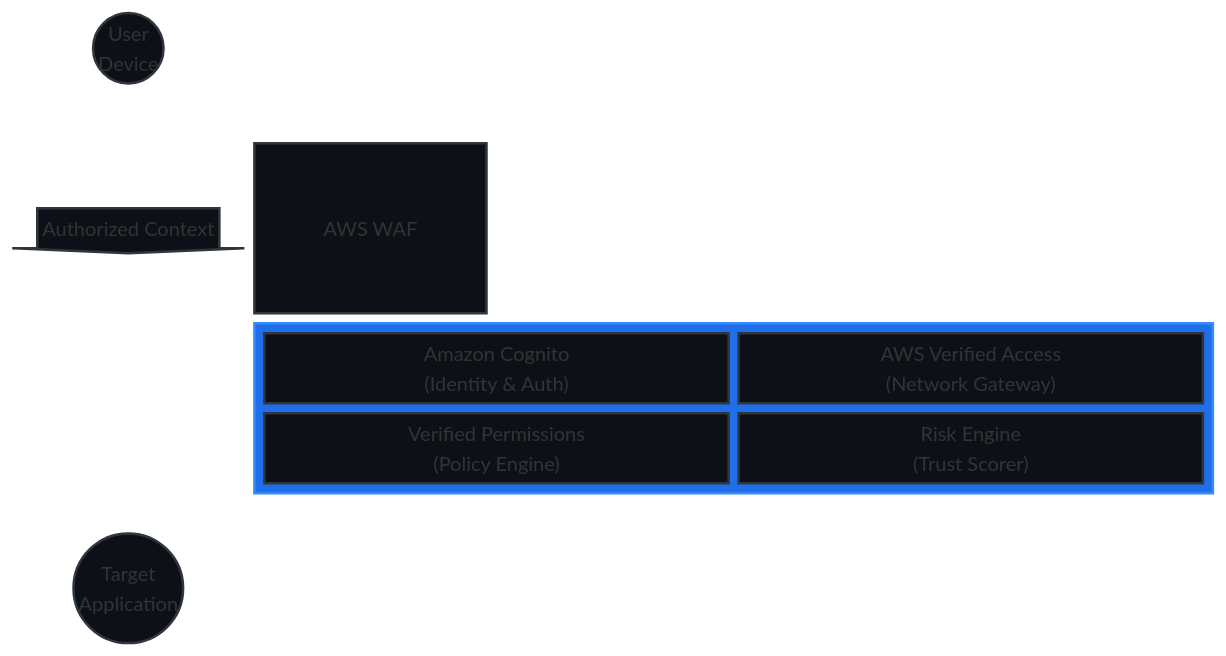
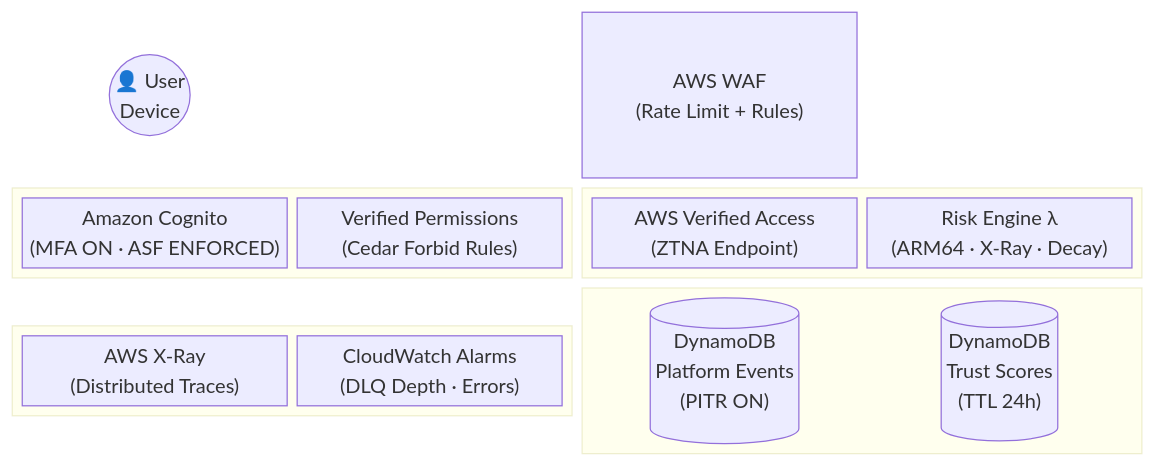
One commit to nextgensoumen/prahari-ztna-aws changed the first of 10 diagrams in docs/diagrams.md. Above: the diagram before and after it, drawn with Mermaid. The commit also changed other lines of this file and 1 other file, not shown here.

Commit message:
docs: Update diagrams v2 with all Phase 2 changes + memory log 06

````diff
--- a/docs/diagrams.md
+++ b/docs/diagrams.md
@@ -10,23 +10,26 @@
 ```mermaid
 block-beta
   columns 4
-  User(("User\nDevice")) space space space
-  down<["HTTPS Request"]>(down)
-  WAF["AWS WAF"] space space space
-  down<["Filtered Traffic"]>(down)
-  
-  block:ZeroTrustBroker:4
-    columns 2
-    Cognito["Amazon Cognito\n(Identity & Auth)"]
-    VerifiedAccess["AWS Verified Access\n(Network Gateway)"]
-    Cedar["Verified Permissions\n(Policy Engine)"]
-    RiskEngine["Risk Engine\n(Trust Scorer)"]
+
+  User(("👤 User\nDevice")) space WAF["AWS WAF\n(Rate Limit + Rules)"] space
+
+  block:Identity:2
+    Cognito["Amazon Cognito\n(MFA ON · ASF ENFORCED)"]
+    Cedar["Verified Permissions\n(Cedar Forbid Rules)"]
   end
-  
-  down<["Authorized Context"]>(down)
-  InternalApp(("Target\nApplication"))
-  
-  classDef default fill:#0d1117,stroke:#30363d,stroke-width:2px,color:#c9d1d9,rx:8px;
-  classDef accent fill:#1f6feb,stroke:#388bfd,stroke-width:2px,color:#ffffff,rx:8px;
-  class ZeroTrustBroker accent
+
+  block:ZeroTrust:2
+    VA["AWS Verified Access\n(ZTNA Endpoint)"]
+    RE["Risk Engine λ\n(ARM64 · X-Ray · Decay)"]
+  end
+
+  block:Observability:2
+    XRay["AWS X-Ray\n(Distributed Traces)"]
+    CWAlarms["CloudWatch Alarms\n(DLQ Depth · Errors)"]
+  end
+
+  block:DataLayer:2
+    Events[("DynamoDB\nPlatform Events\n(PITR ON)")]
+    Scores[("DynamoDB\nTrust Scores\n(TTL 24h)")]
+  end
 ```
````
